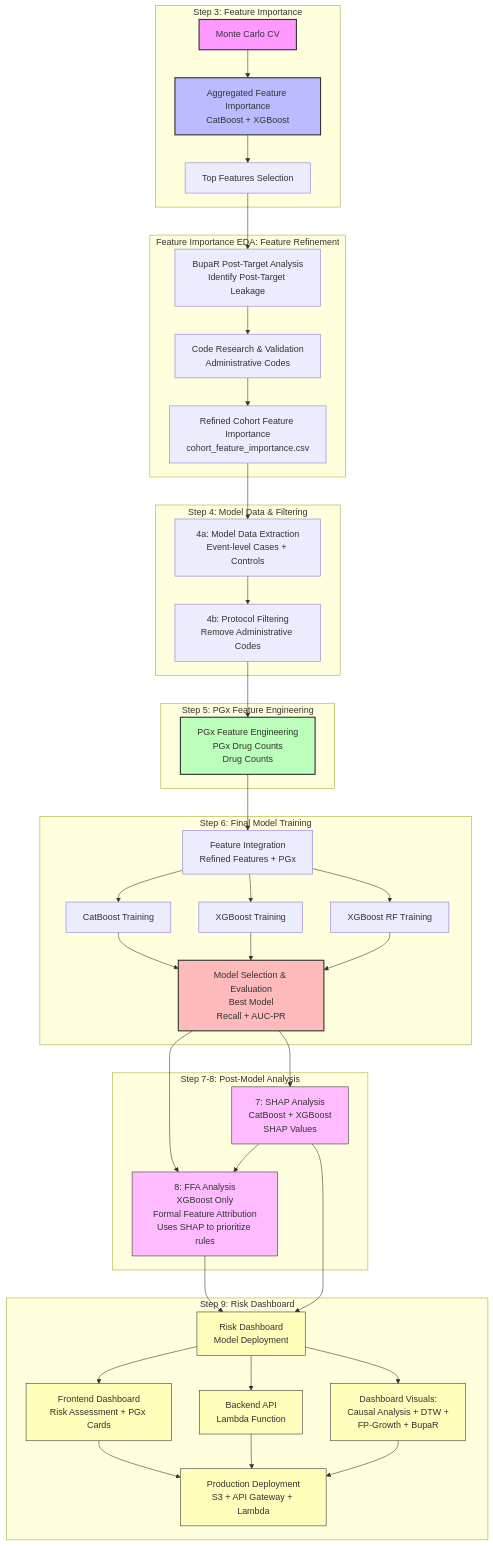
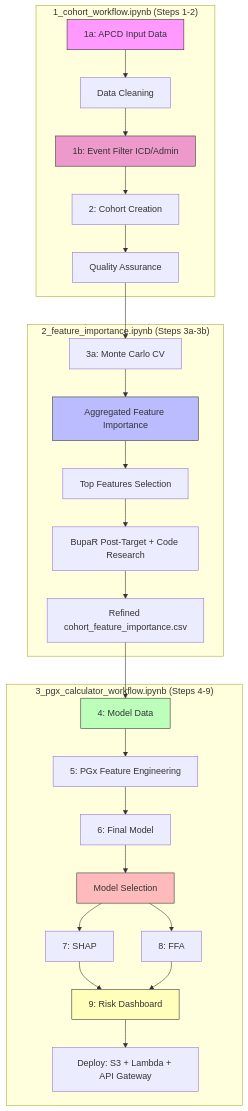
One commit to Jerome3590/pgx-analysis changed the diagram in docs/README_analysis_workflow.md. Above: the diagram before and after it, drawn with Mermaid. The commit also changed other lines of this file and 248 other files, not shown here.

First line of the commit message:
Final workflow: align docs, folders, and markdown with production pipeline

````diff
--- a/docs/README_analysis_workflow.md
+++ b/docs/README_analysis_workflow.md
@@ -241,61 +240,36 @@
 ```mermaid
 flowchart TD
-    subgraph "Step 3: Feature Importance"
-        A[Monte Carlo CV] --> B[Aggregated Feature Importance<br/>CatBoost + XGBoost]
-        B --> C[Top Features Selection]
+    subgraph W1["1_cohort_workflow.ipynb (Steps 1-2)"]
+        A1[1a: APCD Input Data] --> A2[Data Cleaning]
+        A2 --> A1b[1b: Event Filter ICD/Admin]
+        A1b --> A3[2: Cohort Creation]
+        A3 --> A4[Quality Assurance]
     end
-    
-    subgraph "Feature Importance EDA: Feature Refinement"
-        C --> C1[BupaR Post-Target Analysis<br/>Identify Post-Target Leakage]
-        C1 --> C2[Code Research & Validation<br/>Administrative Codes]
-        C2 --> C3[Refined Cohort Feature Importance<br/>cohort_feature_importance.csv]
+
+    subgraph W2["2_feature_importance.ipynb (Steps 3a-3b)"]
+        A4 --> B1[3a: Monte Carlo CV]
+        B1 --> B2[Aggregated Feature Importance]
+        B2 --> B3[Top Features Selection]
+        B3 --> B4[BupaR Post-Target + Code Research]
+        B4 --> B6[Refined cohort_feature_importance.csv]
     end
-    
-    subgraph "Step 4: Model Data & Filtering"
-        C3 --> D[4a: Model Data Extraction<br/>Event-level Cases + Controls]
-        D --> E[4b: Protocol Filtering<br/>Remove Administrative Codes]
+
+    subgraph W3["3_pgx_calculator_workflow.ipynb (Steps 4-9)"]
+        B6 --> C1[4: Model Data]
+        C1 --> D1[5: PGx Feature Engineering]
+        D1 --> E1[6: Final Model]
+        E1 --> E4[Model Selection]
+        E4 --> F1[7: SHAP]
+        E4 --> F2[8: FFA]
+        F1 --> G1[9: Risk Dashboard]
+        F2 --> G1
+        G1 --> G5[Deploy: S3 + Lambda + API Gateway]
     end
-    
-    subgraph "Step 5: PGx Feature Engineering"
-        E --> F[PGx Feature Engineering<br/>PGx Drug Counts<br/>Drug Counts]
-    end
-    
-    subgraph "Step 6: Final Model Training"
-        F --> G[Feature Integration<br/>Refined Features + PGx]
-        G --> H[CatBoost Training]
-        G --> I[XGBoost Training]
-        G --> I2[XGBoost RF Training]
-        H --> J[Model Selection & Evaluation<br/>Best Model<br/>Recall + AUC-PR]
-        I --> J
-        I2 --> J
-    end
-    
-    subgraph "Step 7-8: Post-Model Analysis"
-        J --> K[7: SHAP Analysis<br/>CatBoost + XGBoost<br/>SHAP Values]
-        J --> L[8: FFA Analysis<br/>XGBoost Only<br/>Formal Feature Attribution<br/>Uses SHAP to prioritize rules]
-        K --> L
-    end
-    
-    subgraph "Step 9: Risk Dashboard"
-        L --> N[Risk Dashboard<br/>Model Deployment]
-        K --> N
-        N --> N1[Frontend Dashboard<br/>Risk Assessment + PGx Cards]
-        N --> N2[Backend API<br/>Lambda Function]
-        N --> N3[Dashboard Visuals:<br/>Causal Analysis + DTW +<br/>FP-Growth + BupaR]
-        N1 --> N4[Production Deployment<br/>S3 + API Gateway + Lambda]
-        N2 --> N4
-        N3 --> N4
-    end
-    
-    style A fill:#f9f,stroke:#333,stroke-width:2px
-    style B fill:#bbf,stroke:#333,stroke-width:2px
-    style F fill:#bfb,stroke:#333,stroke-width:2px
-    style J fill:#fbb,stroke:#333,stroke-width:2px
-    style K fill:#fbf,stroke:#333,stroke-width:2px    %% SHAP Analysis
-    style L fill:#fbf,stroke:#333,stroke-width:2px    %% FFA Analysis
-    style N fill:#ffb,stroke:#333,stroke-width:2px    %% Risk Dashboard
-    style N1 fill:#ffb,stroke:#333,stroke-width:2px    %% Frontend
-    style N2 fill:#ffb,stroke:#333,stroke-width:2px    %% Backend
-    style N3 fill:#ffb,stroke:#333,stroke-width:2px    %% Visualizations
-    style N4 fill:#ffb,stroke:#333,stroke-width:2px    %% Deployment
+
+    style A1 fill:#f9f,stroke:#333
+    style A1b fill:#e9c,stroke:#333
+    style B2 fill:#bbf,stroke:#333
+    style C1 fill:#bfb,stroke:#333
+    style E4 fill:#fbb,stroke:#333
+    style G1 fill:#ffb,stroke:#333
 ```
````
